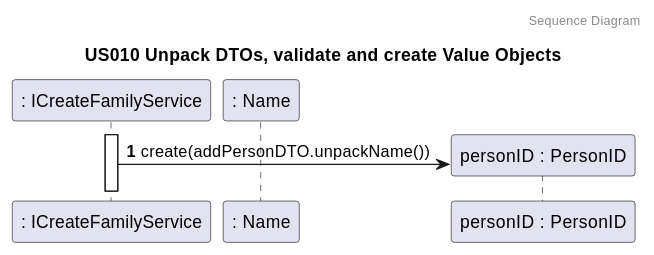
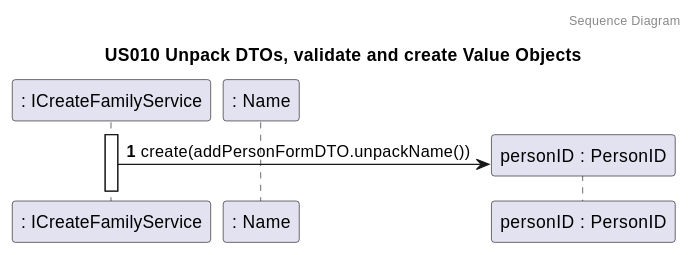
One commit to tomas-osswald/switch_2020_g3 changed the fourth of 5 diagrams in docs/sprint4/user_stories/US010_CreateAFamilyAndSetAdministrator.md. Above: the diagram before and after it, drawn with PlantUML. The commit also changed other lines of this file and 16 other files, not shown here.

`````diff
--- a/docs/sprint4/user_stories/US010_CreateAFamilyAndSetAdministrator.md
+++ b/docs/sprint4/user_stories/US010_CreateAFamilyAndSetAdministrator.md
@@ -173,19 +173,19 @@
 ````puml
 @startuml
 
 autonumber
 header Sequence Diagram
 title US010 Unpack DTOs, validate and create Value Objects
 
 participant ": ICreateFamilyService" as FamAdminService
 participant ": Name" as name
 participant "personID : PersonID" as personID
 
 
 activate FamAdminService
 
-FamAdminService -> personID** : create(addPersonDTO.unpackName())
+FamAdminService -> personID** : create(addPersonFormDTO.unpackName())
 
 
 @enduml
 ````
`````
